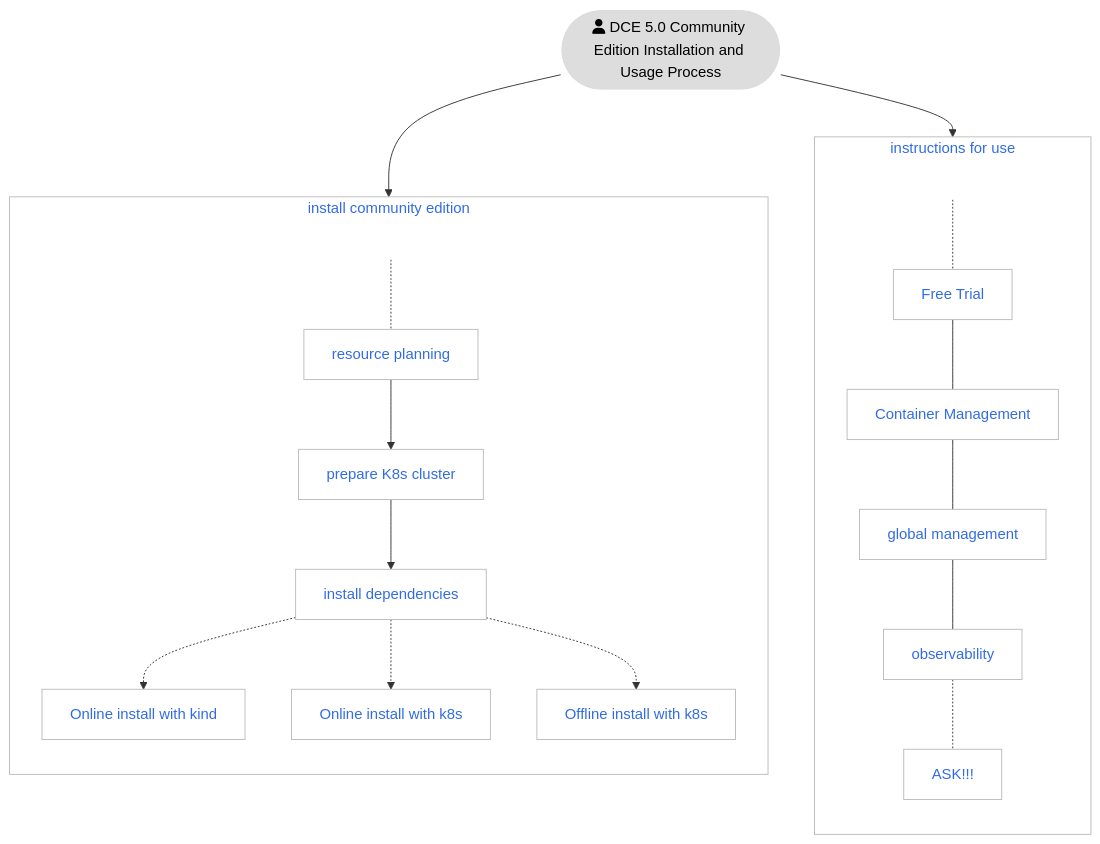
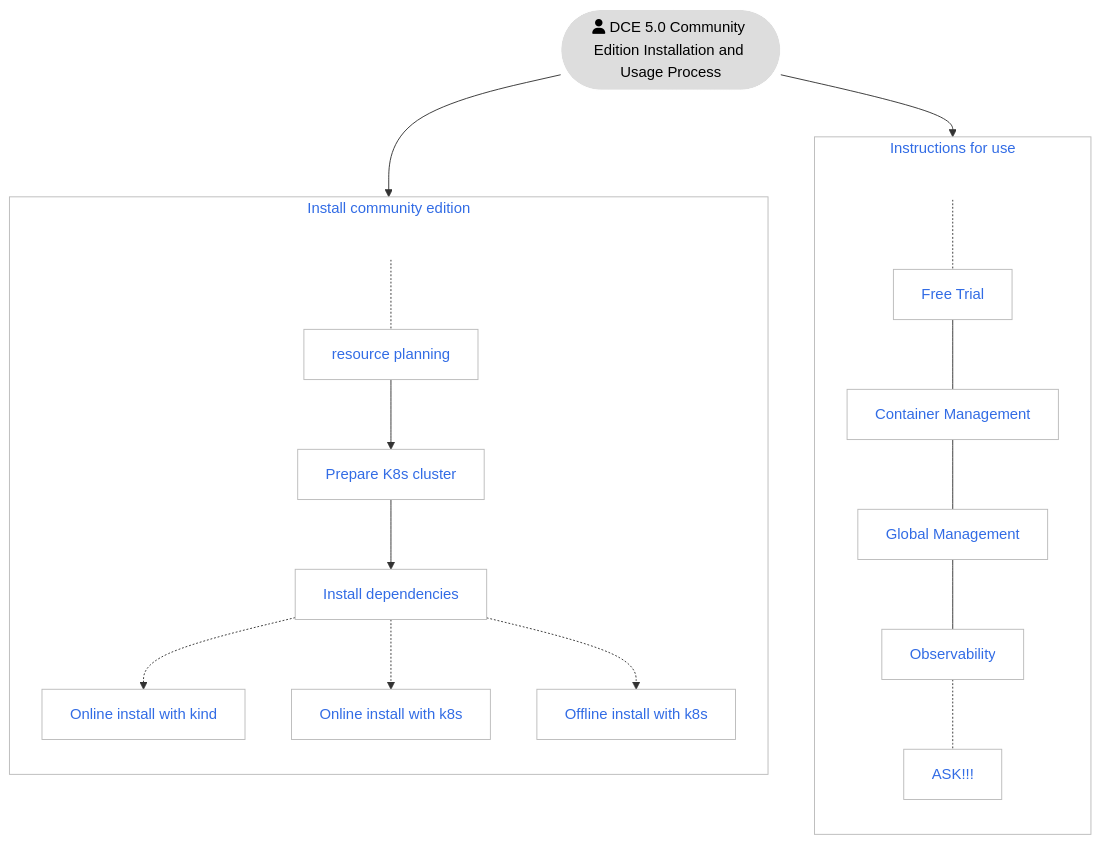
The first of 2 diagrams in docs/en/docs/install/intro.md (DaoCloud/DaoCloud-docs), drawn with Mermaid before and after one commit. The commit also changed other lines of this file and 6 other files, not shown here.

````diff
--- a/docs/en/docs/install/intro.md
+++ b/docs/en/docs/install/intro.md
@@ -19,49 +19,49 @@
 ```mermaid
 flowchart TB
 
-subgraph second[instructions for use]
+subgraph second[Instructions for use]
     direction TB
     U[ ] -.-
     free[Free Trial] --- kpanda[Container Management]
-    kpanda --- ghippo[global management]
-    ghippo --- insight[observability]
+    kpanda --- ghippo[Global Management]
+    ghippo --- insight[Observability]
     insight -.- ask[ASK!!!]
 end
 
-subgraph first[install community edition]
+subgraph first[Install community edition]
     direction TB
     S[ ] -.-
-    plan[resource planning] --> k8s[prepare K8s cluster]
-    k8s --> tools[install dependencies]
+    plan[resource planning] --> k8s[Prepare K8s cluster]
+    k8s --> tools[Install dependencies]
     tools -.-> kind[Online install with kind]
     tools -.-> s1[Online install with k8s]
     tools -.-> s2[Offline install with k8s]
 end
 
 start([fa:fa-user DCE 5.0 Community Edition Installation and Usage Process]) --> first
 start --> second
 
 classDef grey fill:#dddddd,stroke:#ffffff,stroke-width:px,color:#000000, font-size:15px;
 classDef white fill:#ffffff,stroke:#000,stroke-width:px,color:#000,font-weight:bold
 classDef spacewhite fill:#ffffff,stroke:#fff,stroke-width:0px,color:#000
 classDef plain fill:#ddd,stroke:#fff,stroke-width:1px,color:#000;
 classDef k8s fill:#326ce5,stroke:#fff,stroke-width:1px,color:#fff;
 classDef cluster fill:#fff,stroke:#bbb,stroke-width:1px,color:#326ce5;
 
 class plan,k8s,tools,kind,s1,s2,kpanda,ghippo,insight,free,ask cluster;
 class start plain
 class S,U spacewhite
 
 click plan "https://docs.daocloud.io/en/install/community/resources/"
 click k8s "https://docs.daocloud.io/en/install/community/kind/online/#kind"
 click tools "https://docs.daocloud.io/en/install/install-tools/"
 click kind "https://docs.daocloud.io/en/install/community/kind/online/"
 click s1 "https://docs.daocloud.io/en/install/community/k8s/online/"
 click s2 "https://docs.daocloud.io/en/install/community/k8s/offline/"
 
 click kpanda "https://docs.daocloud.io/en/kpanda/03ProductBrief/WhatisKPanda/"
 click ghippo "https://docs.daocloud.io/en/ghippo/01ProductBrief/WhatisGhippo/"
 click insight "https://docs.daocloud.io/en/insight/03ProductBrief/WhatisInsight/"
 click free "https://docs.daocloud.io/en/dce/license0/"
 click ask "https://docs.daocloud.io/en/install/intro/#_4"
 ```
````
